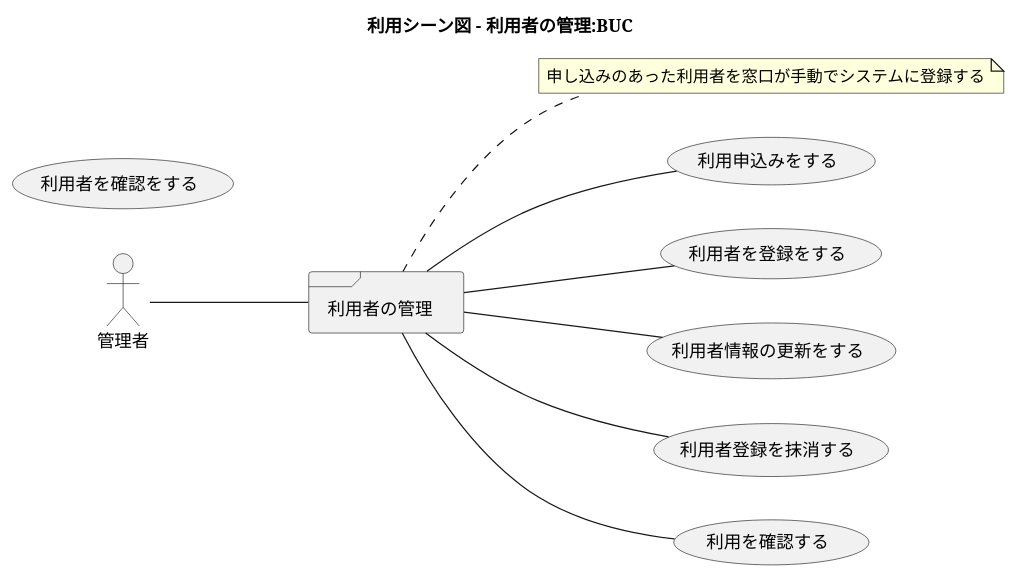
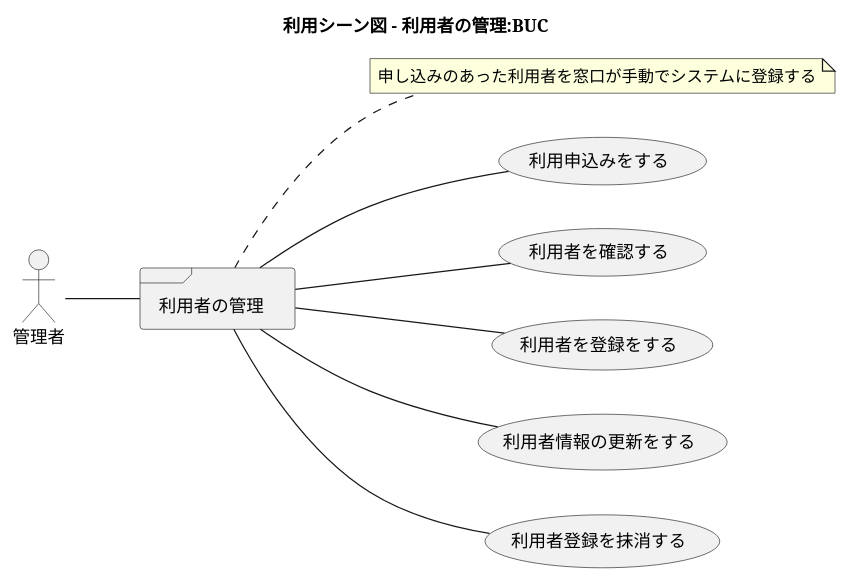
One commit to k2works/case-study-mrs changed the eighth of 22 diagrams in docs/index.adoc. Above: the diagram before and after it, drawn with PlantUML. The commit also changed other lines of this file and 11 other files, not shown here.

```diff
--- a/docs/index.adoc
+++ b/docs/index.adoc
@@ -269,30 +263,30 @@
 [plantuml]
 ----
 @startuml
 
 title 利用シーン図 - 利用者の管理:BUC
 
 left to right direction
 
 actor 管理者 as ac_02
 
 frame 利用者の管理 as f_01
 note right of f_01
  申し込みのあった利用者を窓口が手動でシステムに登録する
 end note
 
-usecase 利用申込みをする
-usecase 利用者を確認をする
-usecase 利用者を登録をする
-usecase 利用者情報の更新をする
-usecase 利用者登録を抹消する
+usecase 利用申込みをする as uc_01
+usecase 利用者を確認する as uc_02
+usecase 利用者を登録をする as uc_03
+usecase 利用者情報の更新をする as uc_04
+usecase 利用者登録を抹消する as uc_05
 
 :ac_02: -- f_01
-f_01 -- (利用申込みをする)
-f_01 -- (利用を確認する)
-f_01 -- (利用者を登録をする)
-f_01 -- (利用者情報の更新をする)
-f_01 -- (利用者登録を抹消する)
+f_01 -- (uc_01)
+f_01 -- (uc_02)
+f_01 -- (uc_03)
+f_01 -- (uc_04)
+f_01 -- (uc_05)
 
 @enduml
 ----
```
